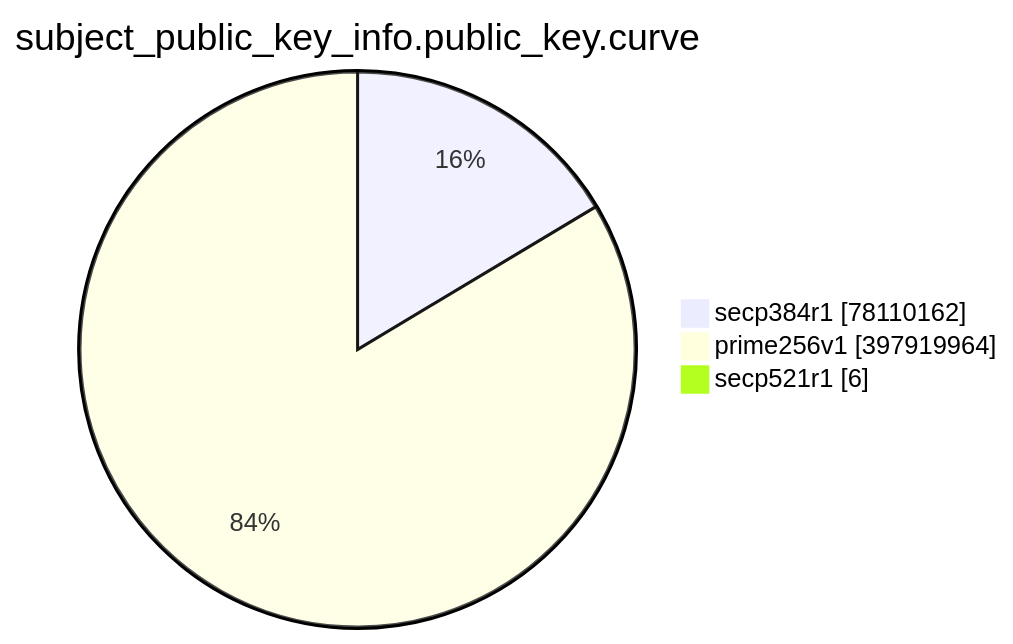
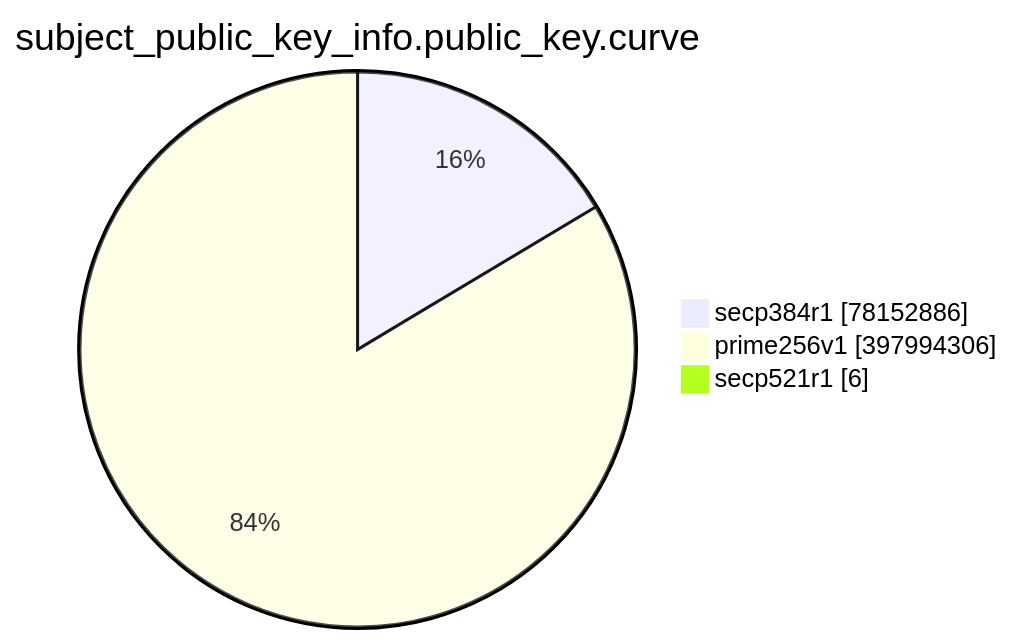
Before and after one commit to christiankrug/ctmonitor_visualization: the eighth of 15 diagrams in TOTAL/README.md, drawn with Mermaid. The commit also changed other lines of this file, not shown here.

````diff
--- a/TOTAL/README.md
+++ b/TOTAL/README.md
@@ -3095,7 +3095,7 @@
 ```mermaid
 pie showData
 title subject_public_key_info.public_key.curve
-"secp384r1" :78110162
-"prime256v1" :397919964
+"secp384r1" :78152886
+"prime256v1" :397994306
 "secp521r1" :6
 ```
````
